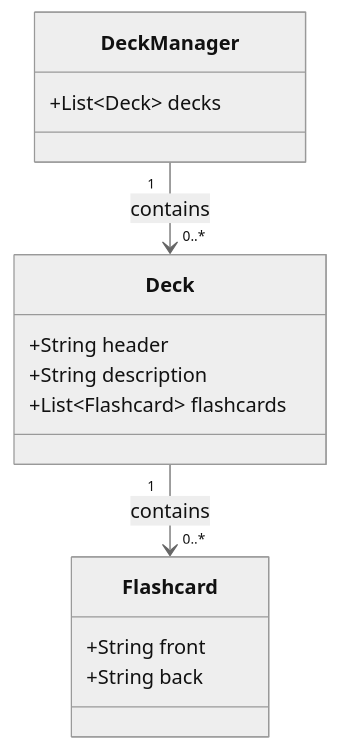
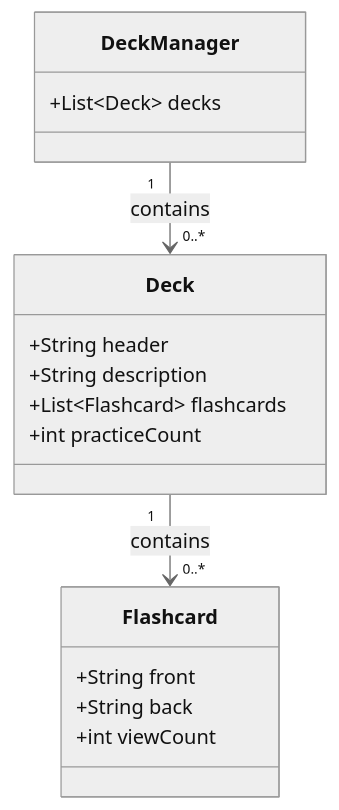
The first of 7 diagrams in docs/project_plan.md (sourander/ankea), drawn with Mermaid (neutral theme) before and after one commit. The commit also changed other lines of this file and 3 other files, not shown here.

````diff
--- a/docs/project_plan.md
+++ b/docs/project_plan.md
@@ -40,20 +45,22 @@
 ```mermaid
 classDiagram
 	class DeckManager {
 		+List~Deck~ decks
 	}
 
 	class Deck {
 		+String header
 		+String description
 		+List~Flashcard~ flashcards
+		+int practiceCount
 	}
 
 	class Flashcard {
 		+String front
 		+String back
+		+int viewCount
 	}
 
 	DeckManager "1" --> "0..*" Deck : contains
 	Deck "1" --> "0..*" Flashcard : contains
 ```
````
